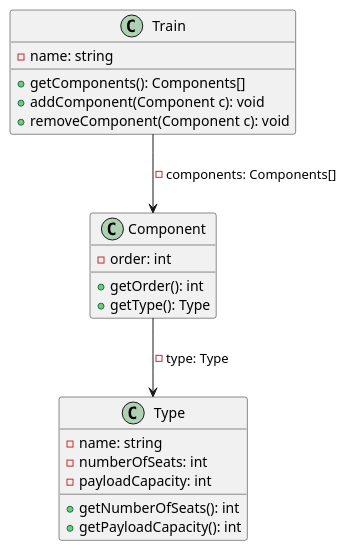
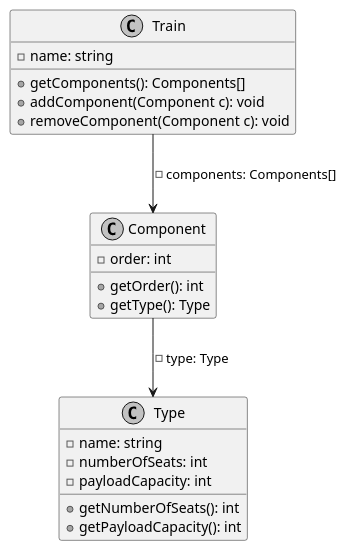
Before and after one commit to LSVH/hbo-ict-pafr-rich-rail: the diagram in README.md, drawn with PlantUML.

Commit message:
Force white background on diagram

````diff
--- a/README.md
+++ b/README.md
@@ -31,25 +31,27 @@
 ```plantuml:simpel-klassendiagram
+skinparam monochrome true
+
 class Train {
   - name: string
   + getComponents(): Components[]
   + addComponent(Component c): void
   + removeComponent(Component c): void
 }
 
 class Type {
   - name: string
   - numberOfSeats: int
   - payloadCapacity: int
   + getNumberOfSeats(): int
   + getPayloadCapacity(): int
 }
 
 class Component {
   - order: int
   + getOrder(): int
   + getType(): Type
 }
 
 Train --> Component: - components: Components[]
 Component --> Type: - type: Type
 ```
````
